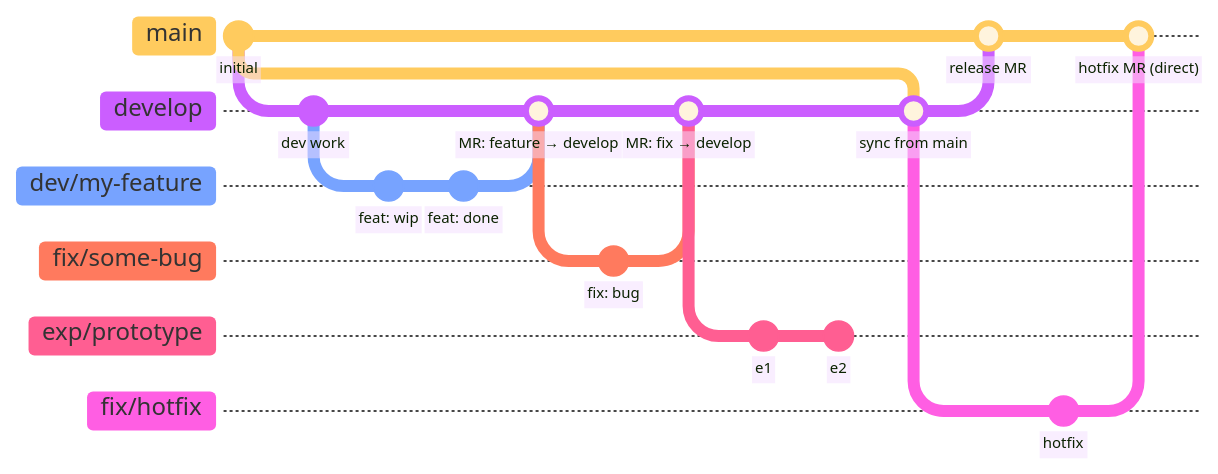
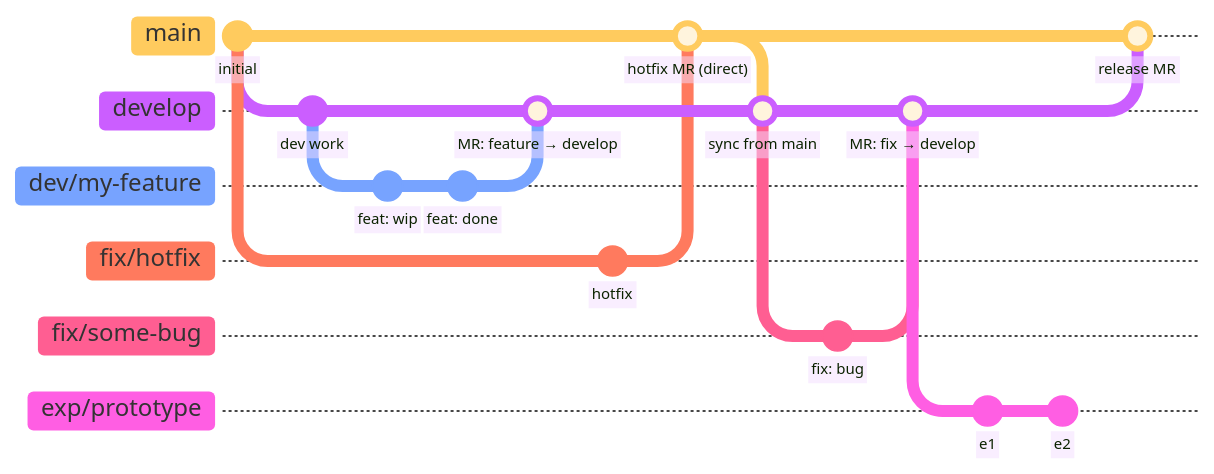
Before and after one commit to GEG-ETHZ/TANGO-core: the diagram in CONTRIBUTING.md, drawn with Mermaid. The commit also changed other lines of this file, not shown here.

````diff
--- a/CONTRIBUTING.md
+++ b/CONTRIBUTING.md
@@ -26,42 +26,43 @@
 ```mermaid
 %%{init: { 'logLevel': 'debug', 'theme': 'base',
            'gitGraph': {'rotateCommitLabel': false} } }%%
 gitGraph LR:
    commit id: "initial"
 
    branch develop
    checkout develop
    commit id: "dev work"
 
    branch dev/my-feature
    checkout dev/my-feature
    commit id: "feat: wip"
    commit id: "feat: done"
 
    checkout develop
    merge dev/my-feature id: "MR: feature → develop"
 
+   checkout main
+   branch fix/hotfix
+   checkout fix/hotfix
+   commit id: "hotfix"
+   checkout main
+   merge fix/hotfix id: "hotfix MR (direct)"
+
+   checkout develop
+   merge main id: "sync from main"
+
+   checkout develop
    branch fix/some-bug
    checkout fix/some-bug
    commit id: "fix: bug"
    checkout develop
    merge fix/some-bug id: "MR: fix → develop"
 
    branch exp/prototype
    checkout exp/prototype
    commit id: "e1"
    commit id: "e2"
 
-   checkout develop
-   merge main id: "sync from main"
-
    checkout main
    merge develop id: "release MR"
-
-   checkout develop
-   branch fix/hotfix
-   checkout fix/hotfix
-   commit id: "hotfix"
-   checkout main
-   merge fix/hotfix id: "hotfix MR (direct)"
 ```
````
